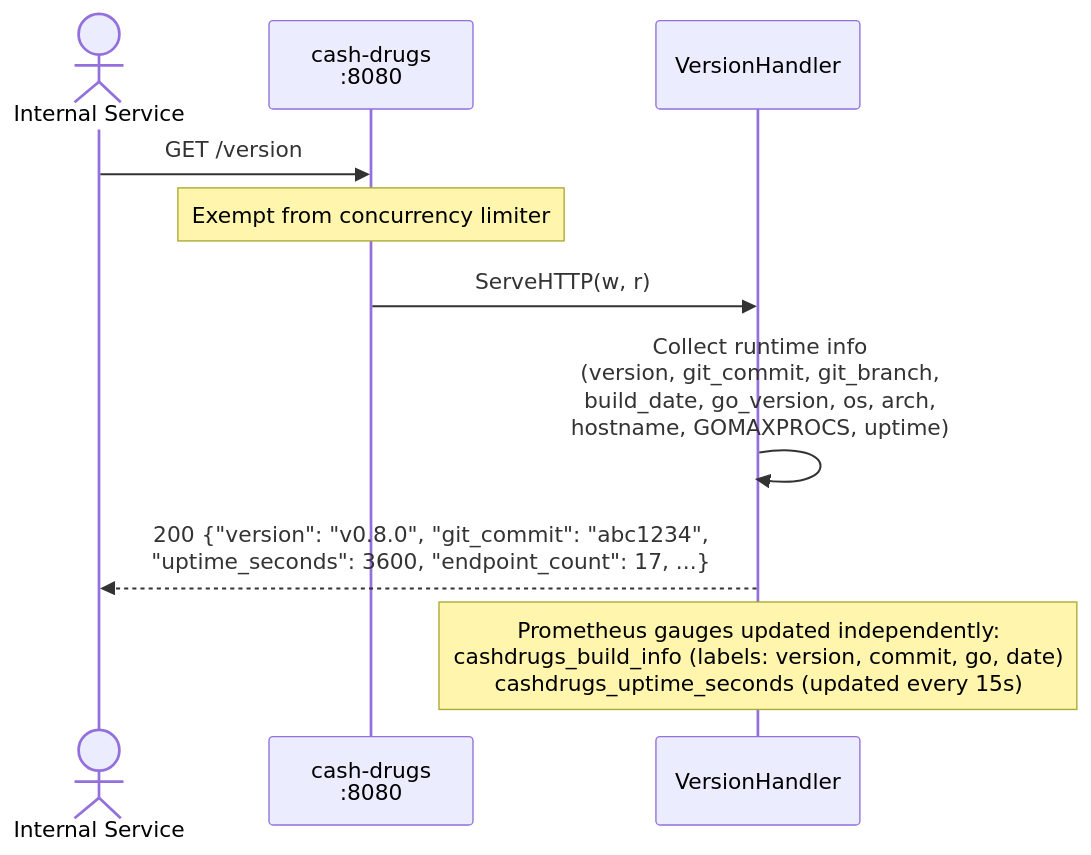
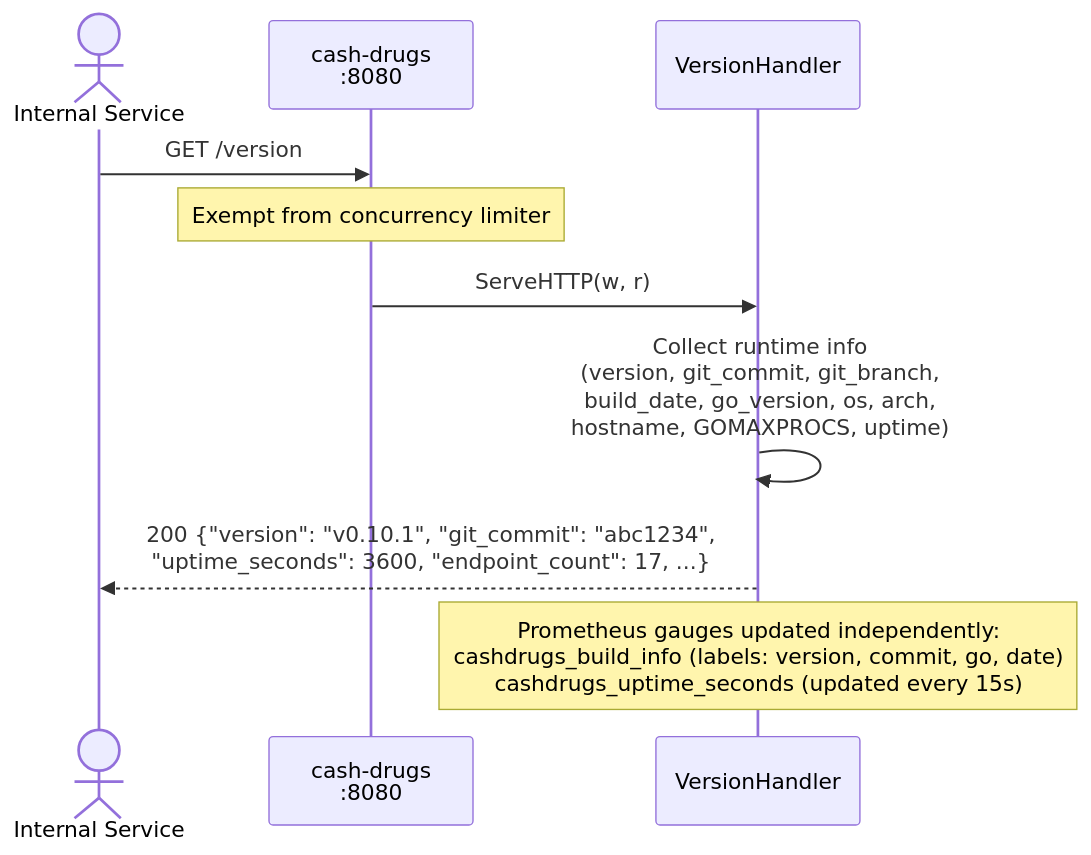
Diagram 13 of 21 in docs/sequence-diagram.md (finish06/cash-drugs), drawn with Mermaid before and after one commit. The commit also changed other lines of this file and 31 other files, not shown here.

````diff
--- a/docs/sequence-diagram.md
+++ b/docs/sequence-diagram.md
@@ -481,14 +496,14 @@
 ```mermaid
 sequenceDiagram
     actor Client as Internal Service
     participant GW as cash-drugs<br/>:8080
     participant VH as VersionHandler
 
     Client->>GW: GET /version
     Note over GW: Exempt from concurrency limiter
     GW->>VH: ServeHTTP(w, r)
     VH->>VH: Collect runtime info<br/>(version, git_commit, git_branch,<br/>build_date, go_version, os, arch,<br/>hostname, GOMAXPROCS, uptime)
-    VH-->>Client: 200 {"version": "v0.8.0", "git_commit": "abc1234",<br/>"uptime_seconds": 3600, "endpoint_count": 17, ...}
+    VH-->>Client: 200 {"version": "v0.10.1", "git_commit": "abc1234",<br/>"uptime_seconds": 3600, "endpoint_count": 17, ...}
 
     Note over VH: Prometheus gauges updated independently:<br/>cashdrugs_build_info (labels: version, commit, go, date)<br/>cashdrugs_uptime_seconds (updated every 15s)
 ```
````
